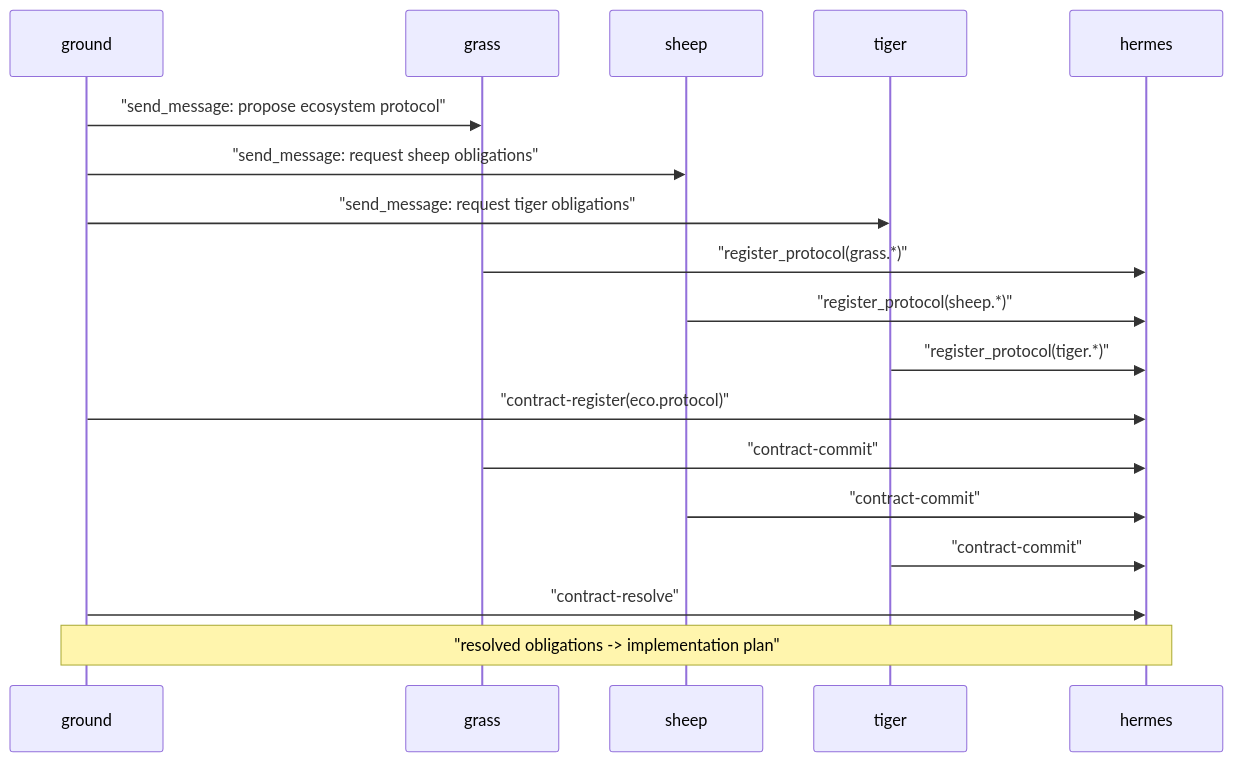
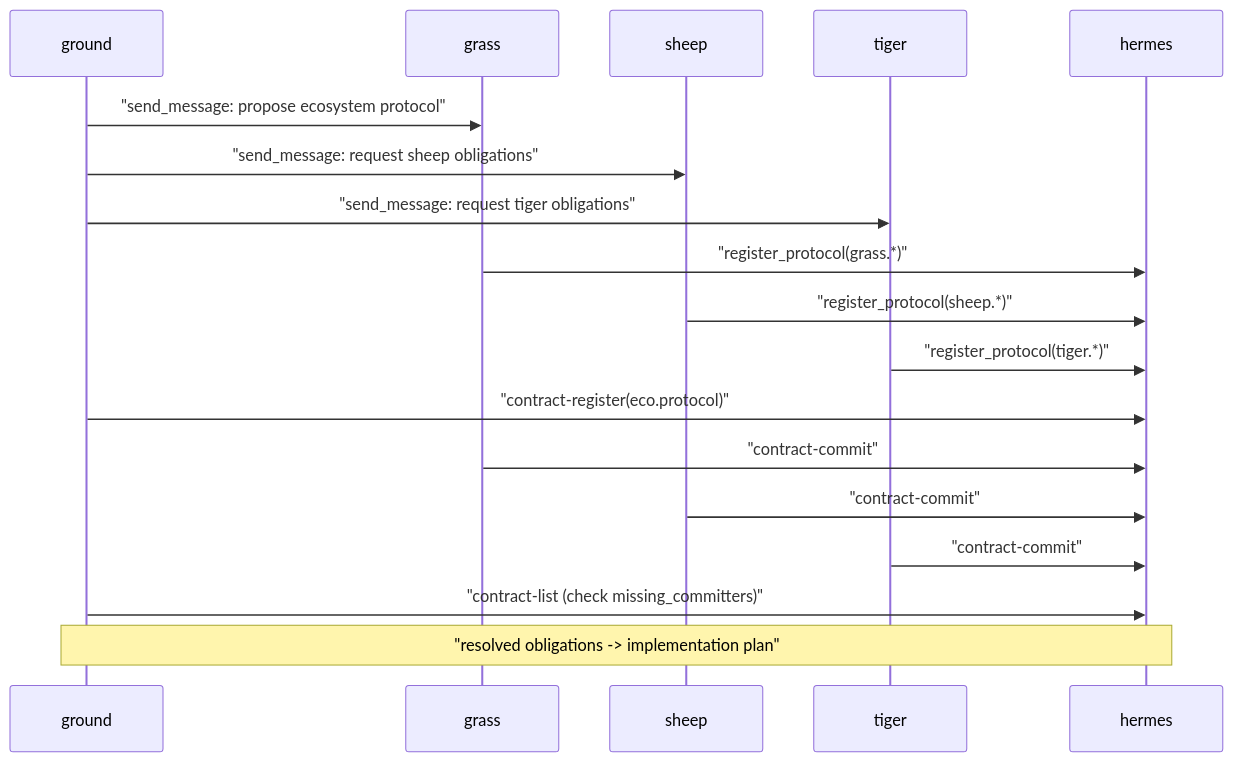
Diagram 23 of 26 in docs/ARCHITECTURE_MERMAID.md (Lands54/Pantheon), drawn with Mermaid before and after one commit. The commit also changed other lines of this file and 52 other files, not shown here.

````diff
--- a/docs/ARCHITECTURE_MERMAID.md
+++ b/docs/ARCHITECTURE_MERMAID.md
@@ -340,24 +340,24 @@
 ```mermaid
 sequenceDiagram
     participant ground
     participant grass
     participant sheep
     participant tiger
     participant hermes
 
     ground->>grass: "send_message: propose ecosystem protocol"
     ground->>sheep: "send_message: request sheep obligations"
     ground->>tiger: "send_message: request tiger obligations"
 
     grass->>hermes: "register_protocol(grass.*)"
     sheep->>hermes: "register_protocol(sheep.*)"
     tiger->>hermes: "register_protocol(tiger.*)"
 
     ground->>hermes: "contract-register(eco.protocol)"
     grass->>hermes: "contract-commit"
     sheep->>hermes: "contract-commit"
     tiger->>hermes: "contract-commit"
-    ground->>hermes: "contract-resolve"
+    ground->>hermes: "contract-list (check missing_committers)"
 
     Note over ground,hermes: "resolved obligations -> implementation plan"
 ```
````
